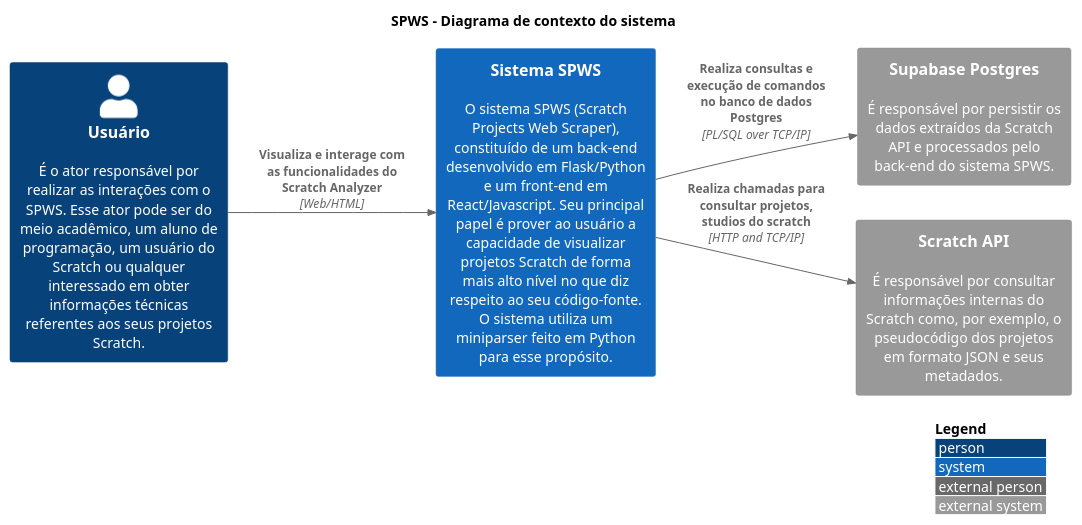
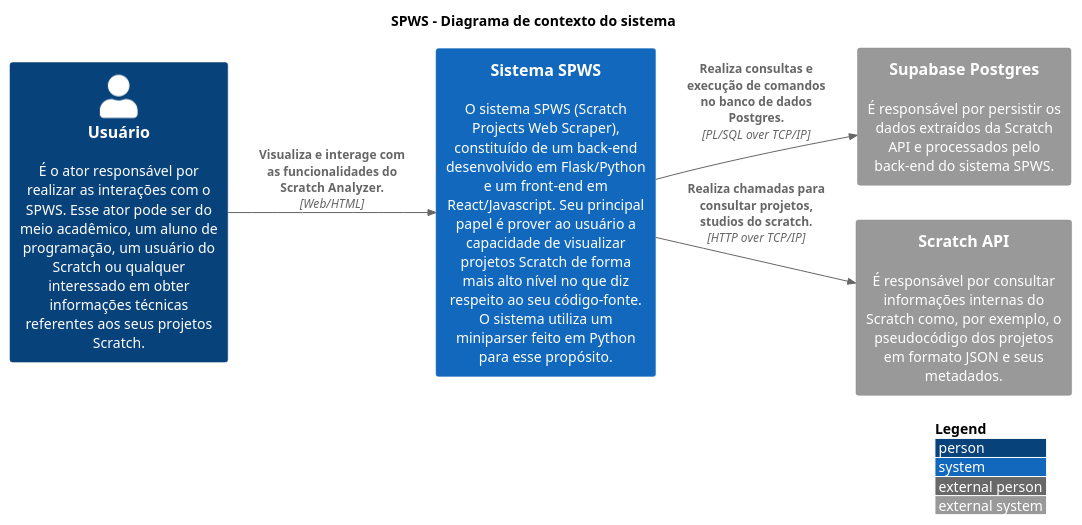
One commit to MurylloEx/ml-scratch-webcrawler-docs changed the diagram in pages/C1. Visão Geral/context.puml. Above: the diagram before and after it, drawn with PlantUML. The commit also changed 2 other files, not shown here.

```diff
--- a/pages/C1. Visão Geral/context.puml
+++ b/pages/C1. Visão Geral/context.puml
@@ -1,22 +1,22 @@
 @startuml "Context Diagram"
 
 title "SPWS - Diagrama de contexto do sistema"
 
 !include https://raw.githubusercontent.com/adrianvlupu/C4-PlantUML/latest/C4_Context.puml
 
 LAYOUT_WITH_LEGEND()
 LAYOUT_LEFT_RIGHT()
 
 skinparam backgroundcolor transparent
 
 Person(ActorUser, "Usuário", "É o ator responsável por realizar as interações com o SPWS. Esse ator pode ser do meio acadêmico, um aluno de programação, um usuário do Scratch ou qualquer interessado em obter informações técnicas referentes aos seus projetos Scratch.")
 
 System(SystemSpws, "Sistema SPWS", "O sistema SPWS (Scratch Projects Web Scraper), constituído de um back-end desenvolvido em Flask/Python e um front-end em React/Javascript. Seu principal papel é prover ao usuário a capacidade de visualizar projetos Scratch de forma mais alto nível no que diz respeito ao seu código-fonte. O sistema utiliza um miniparser feito em Python para esse propósito.")
 System_Ext(SystemSupabase, "Supabase Postgres", "É responsável por persistir os dados extraídos da Scratch API e processados pelo back-end do sistema SPWS.")
 System_Ext(SystemScratchApi, "Scratch API", "É responsável por consultar informações internas do Scratch como, por exemplo, o pseudocódigo dos projetos em formato JSON e seus metadados.")
 
-Rel(ActorUser, SystemSpws, "Visualiza e interage com as funcionalidades do Scratch Analyzer", "Web/HTML")
-Rel(SystemSpws, SystemSupabase, "Realiza consultas e execução de comandos no banco de dados Postgres", "PL/SQL over TCP/IP")
-Rel(SystemSpws, SystemScratchApi, "Realiza chamadas para consultar projetos, studios do scratch", "HTTP and TCP/IP")
+Rel(ActorUser, SystemSpws, "Visualiza e interage com as funcionalidades do Scratch Analyzer.", "Web/HTML")
+Rel(SystemSpws, SystemSupabase, "Realiza consultas e execução de comandos no banco de dados Postgres.", "PL/SQL over TCP/IP")
+Rel(SystemSpws, SystemScratchApi, "Realiza chamadas para consultar projetos, studios do scratch.", "HTTP over TCP/IP")
 
 @enduml
```
